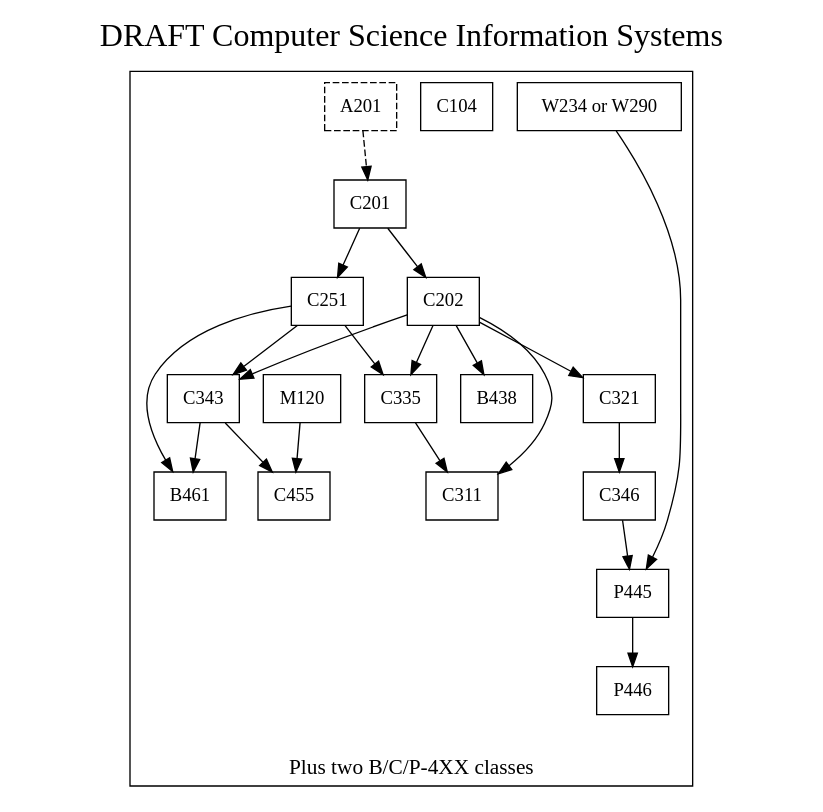
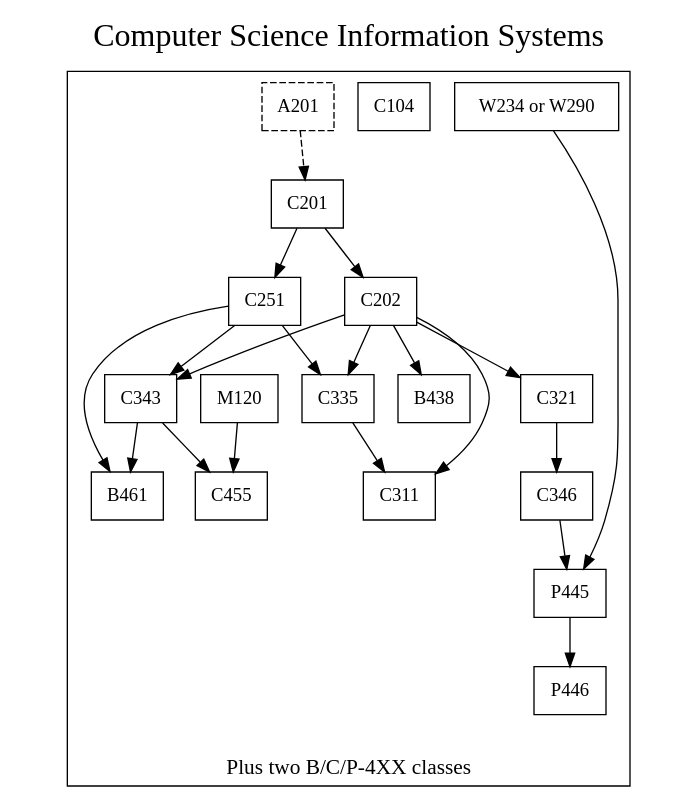
The diagram in InfoSys.dot (IUS-CS/GraduationGraph), drawn with Graphviz before and after one commit. The commit also changed 8 other files, not shown here.

```diff
--- a/InfoSys.dot
+++ b/InfoSys.dot
@@ -1,53 +1,53 @@
 digraph G {
 node[style=solid]; rankdir=TB;
 node [shape=record]
 
 labelloc=t
 fontsize=24
-label="DRAFT Computer Science Information Systems\n"
+label="Computer Science Information Systems\n"
 
 subgraph cluster0 {
 fontsize=16
 style="solid"
 labelloc=b label="\nPlus two B/C/P-4XX classes"
 
 A201 [style=dashed]
 C104
 C201
 C202
 C251
 C335
 C343
 C321
 C346
 C311
 B438
 C455
 P445
 P446
 B461
 W234orW290 [label="W234 or W290"] 
 M120
 }
 
 A201->C201 [style=dashed]
 W234orW290->C201 [style=invis]
 C201->C202
 C201->C251
 C202->C335
 C251->C335
 C251->C343
 C202->C343
 C202->C321
 C321->C346
 C202->C311
 C335->C311
 M120->C455
 C343->C455
 C346->P445
 W234orW290->P445
 P445->P446
 C202->B438
 C251->B461
 C343->B461
 }
```
